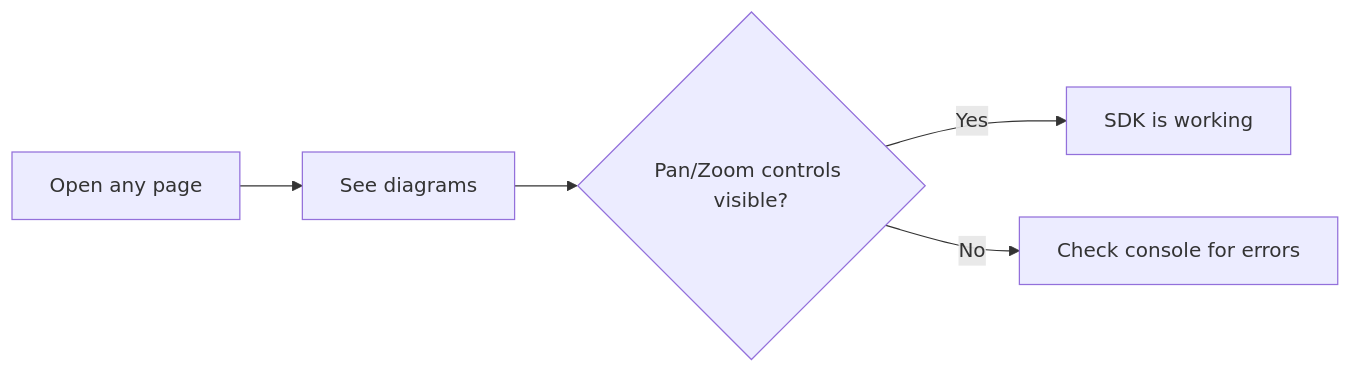
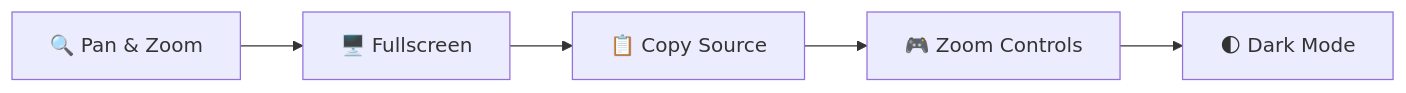
Before and after one commit to im-bravo/mermaid-diagram-enhancements: the diagram in examples/docs/index.md, drawn with Mermaid. The commit also changed other lines of this file and 3 other files, not shown here.

````diff
--- a/examples/docs/index.md
+++ b/examples/docs/index.md
@@ -19,7 +18,7 @@
 ```mermaid
 flowchart LR
-  A[Open any page] --> B[See diagrams]
-  B --> C{Pan/Zoom controls visible?}
-  C -->|Yes| D[SDK is working]
-  C -->|No| E[Check console for errors]
+  A[🔍 Pan & Zoom] --> B[🖥️ Fullscreen]
+  B --> C[📋 Copy Source]
+  C --> D[🎮 Zoom Controls]
+  D --> E[🌓 Dark Mode]
 ```
````
